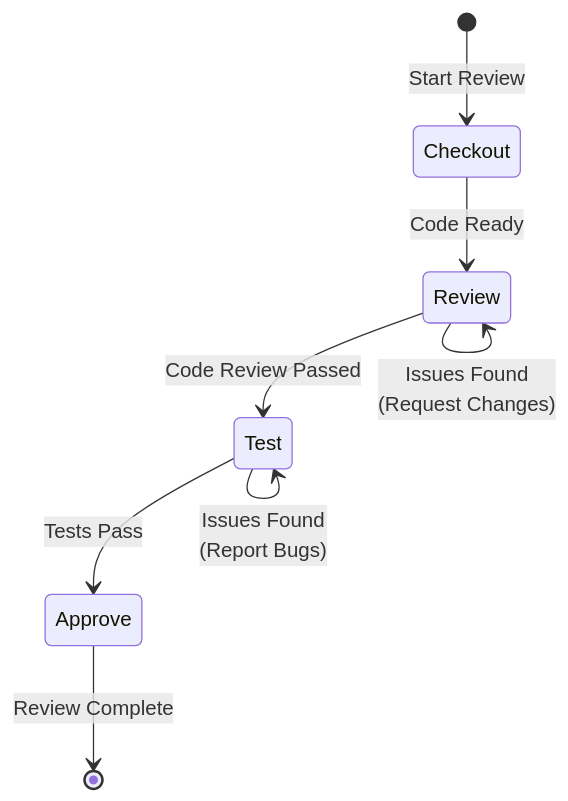
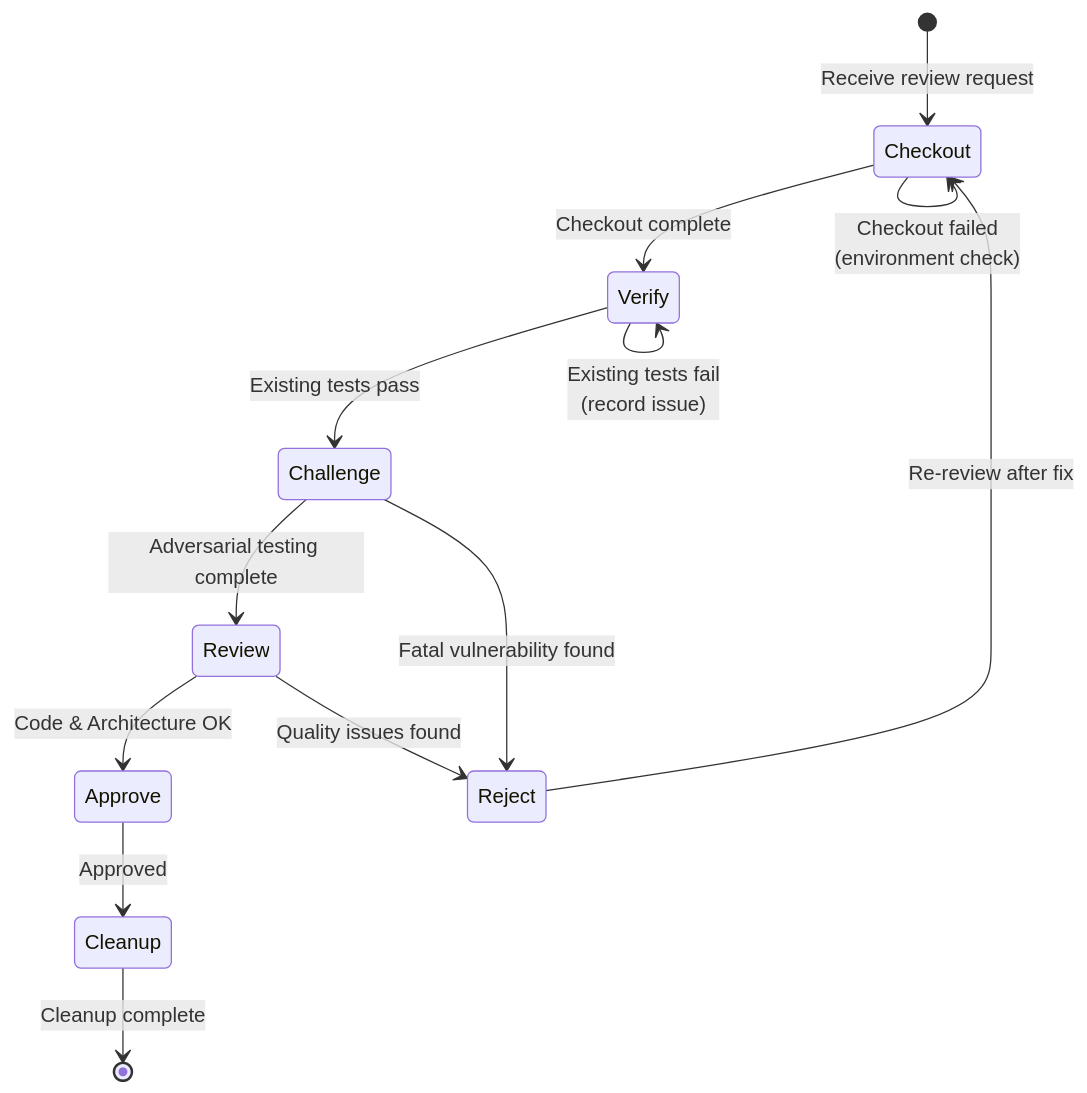
Before and after one commit to IndenScale/monoco-toolkit: the diagram in monoco/features/agent/resources/en/skills/monoco_workflow_agent_reviewer/SKILL.md, drawn with Mermaid. The commit also changed other lines of this file and 17 other files, not shown here.

````diff
--- a/monoco/features/agent/resources/en/skills/monoco_workflow_agent_reviewer/SKILL.md
+++ b/monoco/features/agent/resources/en/skills/monoco_workflow_agent_reviewer/SKILL.md
@@ -15,14 +15,22 @@
 ```mermaid
 stateDiagram-v2
-    [*] --> Checkout: Start Review
-    
-    Checkout --> Review: Code Ready
-    
-    Review --> Test: Code Review Passed
-    Review --> Review: Issues Found<br/>(Request Changes)
-    
-    Test --> Approve: Tests Pass
-    Test --> Test: Issues Found<br/>(Report Bugs)
-    
-    Approve --> [*]: Review Complete
+    [*] --> Checkout: Receive review request
+
+    Checkout --> Verify: Checkout complete
+    Checkout --> Checkout: Checkout failed<br/>(environment check)
+
+    Verify --> Challenge: Existing tests pass
+    Verify --> Verify: Existing tests fail<br/>(record issue)
+
+    Challenge --> Review: Adversarial testing complete
+    Challenge --> Reject: Fatal vulnerability found
+
+    Review --> Approve: Code & Architecture OK
+    Review --> Reject: Quality issues found
+
+    Reject --> Checkout: Re-review after fix
+
+    Approve --> Cleanup: Approved
+
+    Cleanup --> [*]: Cleanup complete
 ```
````
